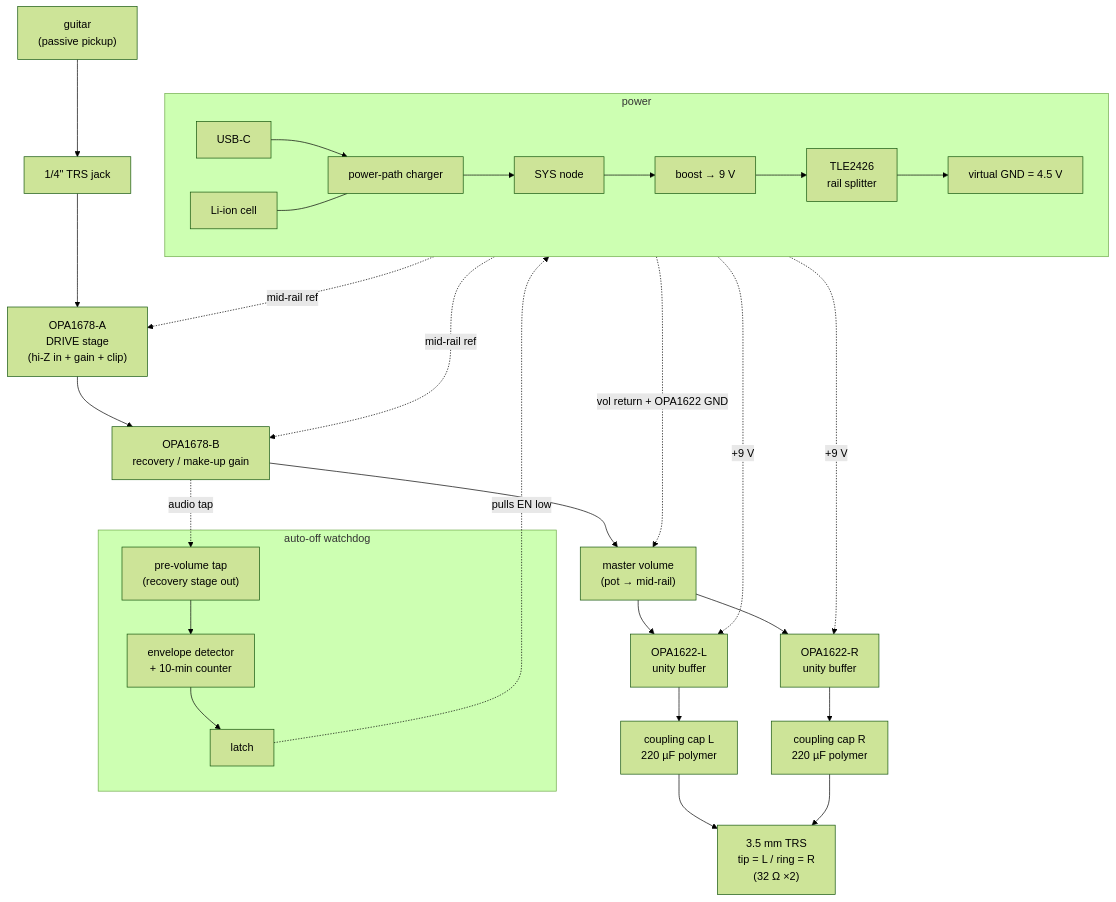
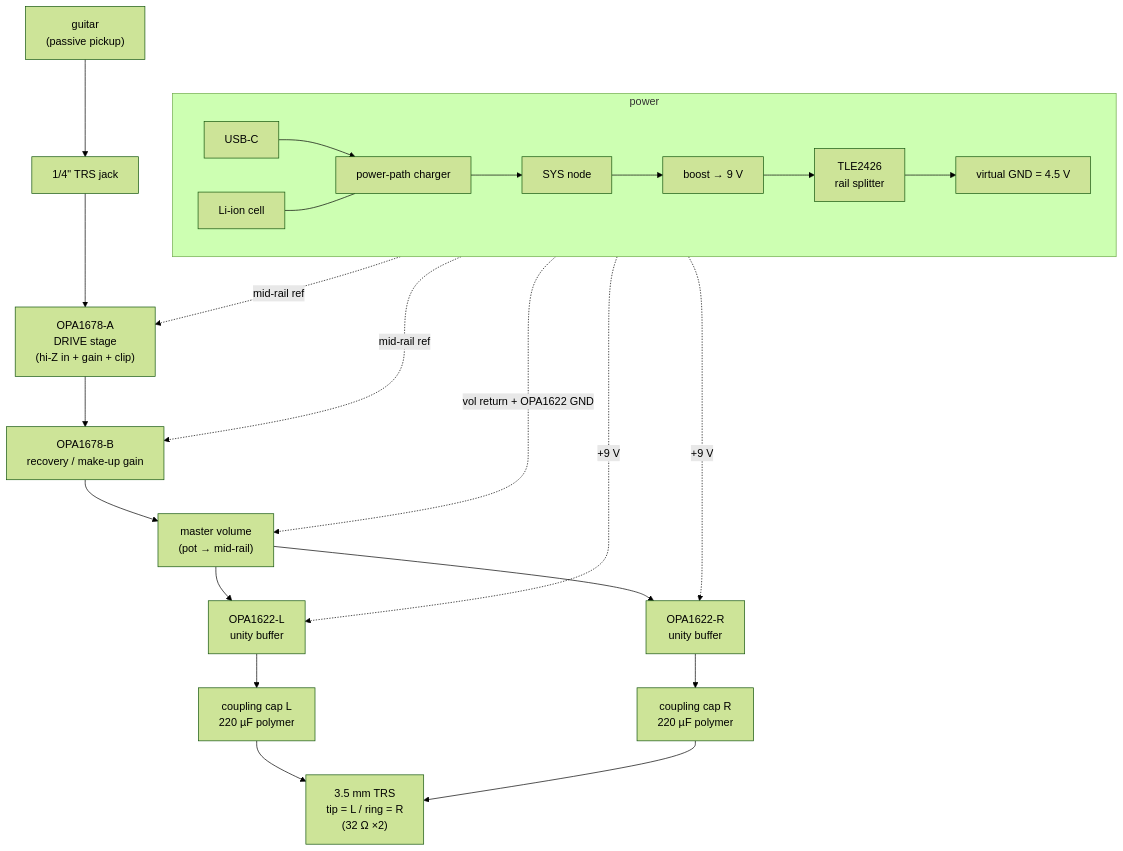
One commit to DSeabra/headphone_amp changed the first of 2 diagrams in notes/Guitar Headphone Amp/Guitar-Headphone-Amp-Theory-of-Operation.md. Above: the diagram before and after it, drawn with Mermaid (forest theme). The commit also changed other lines of this file and 9 other files, not shown here.

Commit message:
Picked off the board parts and ordered on DigiKey -- also added notes on schematic.

````diff
--- a/notes/Guitar Headphone Amp/Guitar-Headphone-Amp-Theory-of-Operation.md
+++ b/notes/Guitar Headphone Amp/Guitar-Headphone-Amp-Theory-of-Operation.md
@@ -21,34 +21,27 @@
 ```mermaid
 flowchart TB
     G["guitar<br/>(passive pickup)"] --> IN["1/4&quot; TRS jack"]
     IN --> DRV["OPA1678-A<br/>DRIVE stage<br/>(hi-Z in + gain + clip)"]
     DRV --> REC["OPA1678-B<br/>recovery / make-up gain"]
     REC --> MV["master volume<br/>(pot → mid-rail)"]
     MV --> BL["OPA1622-L<br/>unity buffer"]
     MV --> BR["OPA1622-R<br/>unity buffer"]
     BL --> CL["coupling cap L<br/>220 µF polymer"]
     BR --> CR["coupling cap R<br/>220 µF polymer"]
     CL --> HP["3.5 mm TRS<br/>tip = L / ring = R<br/>(32 Ω ×2)"]
     CR --> HP
 
     subgraph PWR [power]
       direction LR
       USB["USB-C"] --> CHG["power-path charger"] --> SYS["SYS node"]
       CELL["Li-ion cell"] --- CHG
       SYS --> BST["boost → 9 V"] --> SPL["TLE2426<br/>rail splitter"]
       SPL --> MID["virtual GND = 4.5 V"]
     end
 
     MID -.mid-rail ref.-> DRV
     MID -.mid-rail ref.-> REC
     MID -.vol return + OPA1622 GND.-> MV
     BST -.+9 V.-> BL
     BST -.+9 V.-> BR
-
-    subgraph WD [auto-off watchdog]
-      TAP["pre-volume tap<br/>(recovery stage out)"] --> ENV["envelope detector<br/>+ 10-min counter"]
-      ENV --> LATCH["latch"]
-    end
-    REC -.audio tap.-> TAP
-    LATCH -.pulls EN low.-> BST
 ```
````
